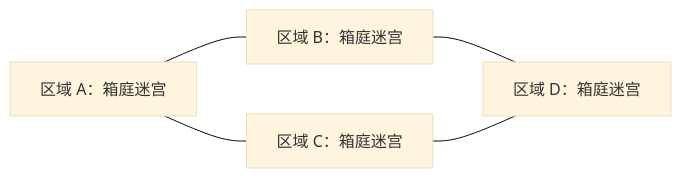
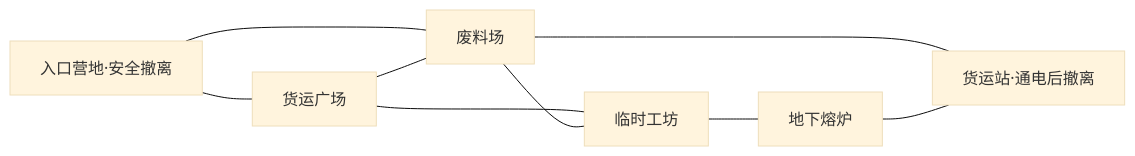
The diagram in doc/06_世界与关卡/02_地图探索与关卡结构.md (zd102/CardRPG), drawn with Mermaid (base theme) before and after one commit. The commit also changed other lines of this file and 94 other files, not shown here.

````diff
--- a/doc/06_世界与关卡/02_地图探索与关卡结构.md
+++ b/doc/06_世界与关卡/02_地图探索与关卡结构.md
@@ -37,7 +7,11 @@
 ```mermaid
-flowchart LR
-    A[区域 A：箱庭迷宫] --- B[区域 B：箱庭迷宫]
-    A --- C[区域 C：箱庭迷宫]
-    B --- D[区域 D：箱庭迷宫]
+graph LR
+    A[入口营地·安全撤离] --- B[货运广场]
+    A --- C[废料场]
+    B --- C
+    B --- D[临时工坊]
     C --- D
+    C --- F[货运站·通电后撤离]
+    D --- E[地下熔炉]
+    E --- F
 ```
````
